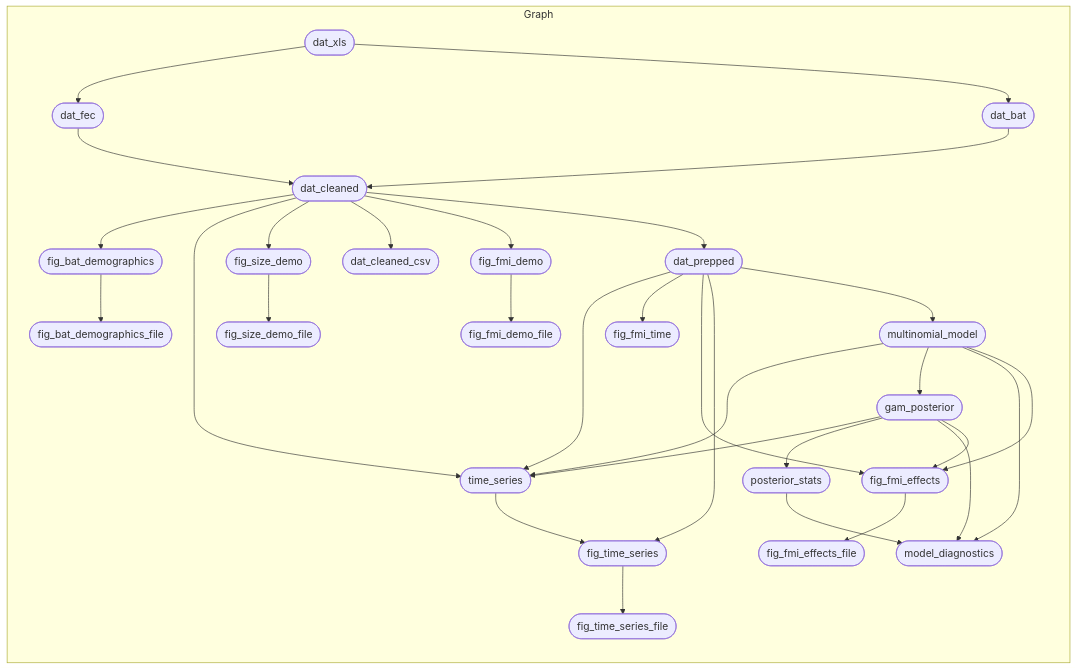
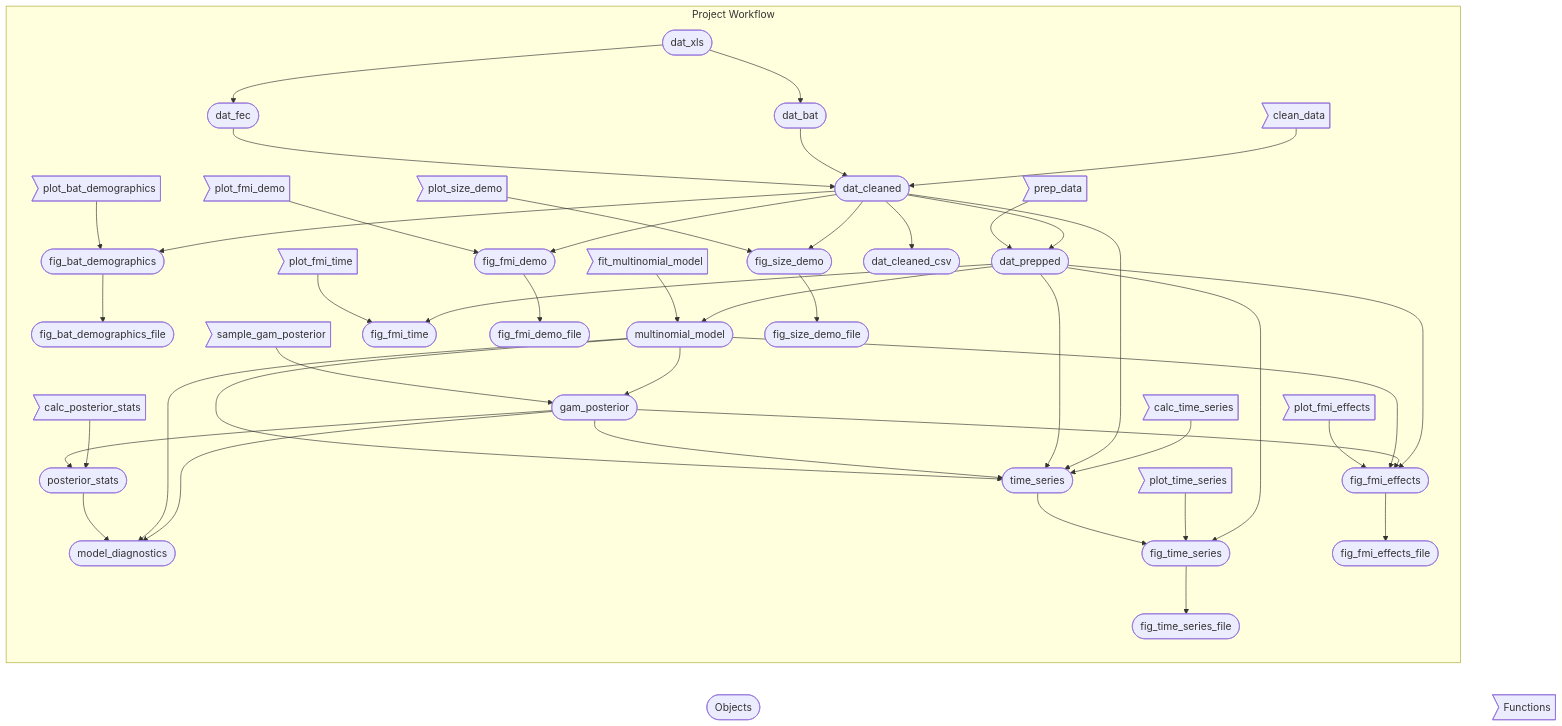
One commit to ecohealthalliance/sabrenet-rousettus-dynamics changed the diagram in README.md. Above: the diagram before and after it, drawn with Mermaid. The commit also changed other lines of this file and 4 other files, not shown here.

Commit message:
Tweak project workflow graph

````diff
--- a/README.md
+++ b/README.md
@@ -42,35 +42,49 @@
 ``` mermaid
 graph LR
-  subgraph Graph
+Objects([""Objects""]) --- Functions>""Functions""]
+subgraph Project Workflow
     x7a7f43da56388c67(["fig_bat_demographics"]):::queued --> x57a7f9cc118d43ce(["fig_bat_demographics_file"]):::queued
     xba784c3a136c631a(["dat_cleaned"]):::queued --> x7a7f43da56388c67(["fig_bat_demographics"]):::queued
+    x923e5d3f7effdb97>"plot_bat_demographics"]:::uptodate --> x7a7f43da56388c67(["fig_bat_demographics"]):::queued
+    x3541a3d3c2c93003>"calc_time_series"]:::uptodate --> xf22c729b71100575(["time_series"]):::queued
     xba784c3a136c631a(["dat_cleaned"]):::queued --> xf22c729b71100575(["time_series"]):::queued
     x4a5cfaffa1d0e789(["dat_prepped"]):::queued --> xf22c729b71100575(["time_series"]):::queued
     x89c8b8fe66c39f8c(["gam_posterior"]):::queued --> xf22c729b71100575(["time_series"]):::queued
     x023bc1d70802c4e1(["multinomial_model"]):::queued --> xf22c729b71100575(["time_series"]):::queued
     xba784c3a136c631a(["dat_cleaned"]):::queued --> xcdebc0583bb5c42e(["fig_size_demo"]):::queued
+    xdf8b170c766e2d6b>"plot_size_demo"]:::uptodate --> xcdebc0583bb5c42e(["fig_size_demo"]):::queued
+    xdc4c0b12c3eff7c3>"clean_data"]:::uptodate --> xba784c3a136c631a(["dat_cleaned"]):::queued
     x6cf5d6dc2e05a667(["dat_bat"]):::queued --> xba784c3a136c631a(["dat_cleaned"]):::queued
     x733041ef94e8d4a9(["dat_fec"]):::queued --> xba784c3a136c631a(["dat_cleaned"]):::queued
     x4a5cfaffa1d0e789(["dat_prepped"]):::queued --> x743d14db79d088a5(["fig_fmi_time"]):::queued
+    x81e3813389f7c111>"plot_fmi_time"]:::uptodate --> x743d14db79d088a5(["fig_fmi_time"]):::queued
     xc2117931d245afce(["dat_xls"]):::queued --> x733041ef94e8d4a9(["dat_fec"]):::queued
     x23873f9d63594e23(["fig_fmi_demo"]):::queued --> x8fc58a4d202a711a(["fig_fmi_demo_file"]):::queued
+    xc0afa1ca6e3a3ecf>"calc_posterior_stats"]:::uptodate --> x48dd96190e644d8f(["posterior_stats"]):::queued
     x89c8b8fe66c39f8c(["gam_posterior"]):::queued --> x48dd96190e644d8f(["posterior_stats"]):::queued
     x023bc1d70802c4e1(["multinomial_model"]):::queued --> x89c8b8fe66c39f8c(["gam_posterior"]):::queued
+    x8ff1740672def84e>"sample_gam_posterior"]:::uptodate --> x89c8b8fe66c39f8c(["gam_posterior"]):::queued
     xc2117931d245afce(["dat_xls"]):::queued --> x6cf5d6dc2e05a667(["dat_bat"]):::queued
     xcdebc0583bb5c42e(["fig_size_demo"]):::queued --> x6c01430c132507c0(["fig_size_demo_file"]):::queued
     x89c8b8fe66c39f8c(["gam_posterior"]):::queued --> x1e7dc8900c0252af(["model_diagnostics"]):::queued
     x023bc1d70802c4e1(["multinomial_model"]):::queued --> x1e7dc8900c0252af(["model_diagnostics"]):::queued
     x48dd96190e644d8f(["posterior_stats"]):::queued --> x1e7dc8900c0252af(["model_diagnostics"]):::queued
     x4a5cfaffa1d0e789(["dat_prepped"]):::queued --> x37da1c8de8c2ccbe(["fig_fmi_effects"]):::queued
     x89c8b8fe66c39f8c(["gam_posterior"]):::queued --> x37da1c8de8c2ccbe(["fig_fmi_effects"]):::queued
     x023bc1d70802c4e1(["multinomial_model"]):::queued --> x37da1c8de8c2ccbe(["fig_fmi_effects"]):::queued
+    xd5ee960dd8f86a23>"plot_fmi_effects"]:::uptodate --> x37da1c8de8c2ccbe(["fig_fmi_effects"]):::queued
     x4a5cfaffa1d0e789(["dat_prepped"]):::queued --> xe3a4a17736576ba6(["fig_time_series"]):::queued
+    x6ee5b97ea4d7b6f2>"plot_time_series"]:::uptodate --> xe3a4a17736576ba6(["fig_time_series"]):::queued
     xf22c729b71100575(["time_series"]):::queued --> xe3a4a17736576ba6(["fig_time_series"]):::queued
     xba784c3a136c631a(["dat_cleaned"]):::queued --> xdb44d218f76593df(["dat_cleaned_csv"]):::queued
     xba784c3a136c631a(["dat_cleaned"]):::queued --> x23873f9d63594e23(["fig_fmi_demo"]):::queued
+    x0f821fb38c59b6f4>"plot_fmi_demo"]:::uptodate --> x23873f9d63594e23(["fig_fmi_demo"]):::queued
     x4a5cfaffa1d0e789(["dat_prepped"]):::queued --> x023bc1d70802c4e1(["multinomial_model"]):::queued
+    x98c1037972a8a636>"fit_multinomial_model"]:::uptodate --> x023bc1d70802c4e1(["multinomial_model"]):::queued
     x37da1c8de8c2ccbe(["fig_fmi_effects"]):::queued --> x942eeb410ea37982(["fig_fmi_effects_file"]):::queued
     xe3a4a17736576ba6(["fig_time_series"]):::queued --> x650683ca19a5d319(["fig_time_series_file"]):::queued
     xba784c3a136c631a(["dat_cleaned"]):::queued --> x4a5cfaffa1d0e789(["dat_prepped"]):::queued
+    x9369f9c58212db0f>"prep_data"]:::uptodate --> x4a5cfaffa1d0e789(["dat_prepped"]):::queued
   end
+linkStyle 0 stroke-width:0px;
 ```
````
